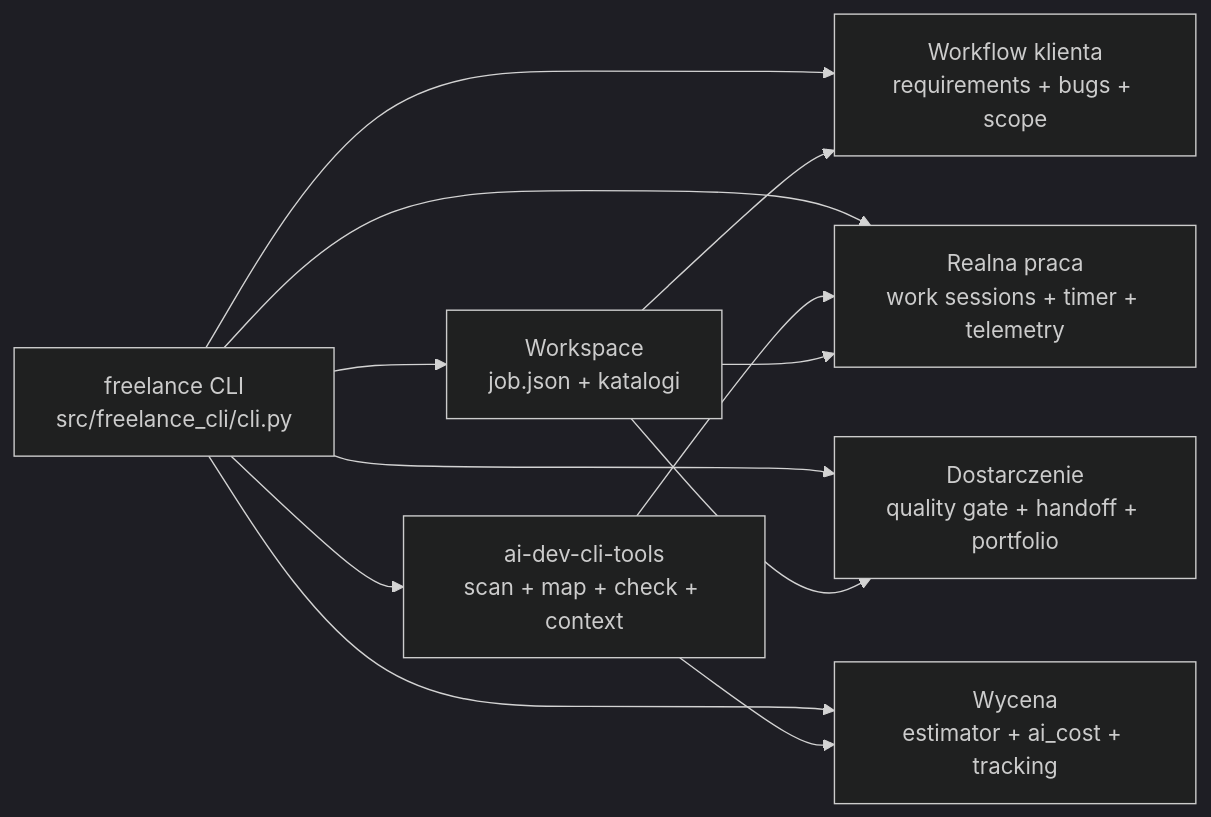
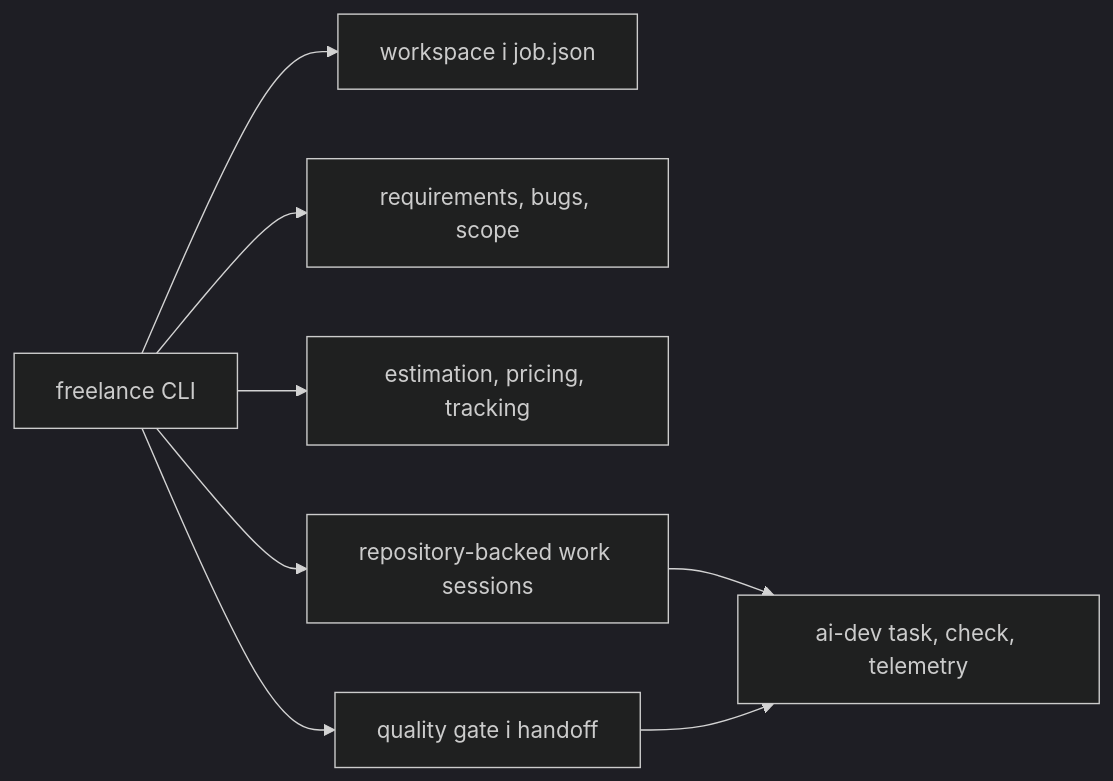
The diagram in AUDIT_REPORT.md (MatthiasLew/freelance-dev-suite), drawn with Mermaid (dark theme) before and after one commit. The commit also changed other lines of this file and 7 other files, not shown here.

````diff
--- a/AUDIT_REPORT.md
+++ b/AUDIT_REPORT.md
@@ -26,22 +32,10 @@
 ```mermaid
 flowchart LR
-    CLI["freelance CLI<br/>src/freelance_cli/cli.py"]
-    WS["Workspace<br/>job.json + katalogi"]
-    AI["ai-dev-cli-tools<br/>scan + map + check + context"]
-    FLOW["Workflow klienta<br/>requirements + bugs + scope"]
-    MONEY["Wycena<br/>estimator + ai_cost + tracking"]
-    DELIVERY["Dostarczenie<br/>quality gate + handoff + portfolio"]
-    WORK["Realna praca<br/>work sessions + timer + telemetry"]
-
-    CLI --> WS
-    CLI --> AI
-    CLI --> FLOW
-    CLI --> MONEY
-    CLI --> DELIVERY
-    CLI --> WORK
-    AI --> MONEY
-    AI --> WORK
-    WS --> FLOW
-    WS --> WORK
-    WS --> DELIVERY
+    CLI["freelance CLI"] --> WS["workspace i job.json"]
+    CLI --> FLOW["requirements, bugs, scope"]
+    CLI --> MONEY["estimation, pricing, tracking"]
+    CLI --> DELIVERY["quality gate i handoff"]
+    CLI --> WORK["repository-backed work sessions"]
+    WORK --> AIDEV["ai-dev task, check, telemetry"]
+    DELIVERY --> AIDEV
 ```
````
